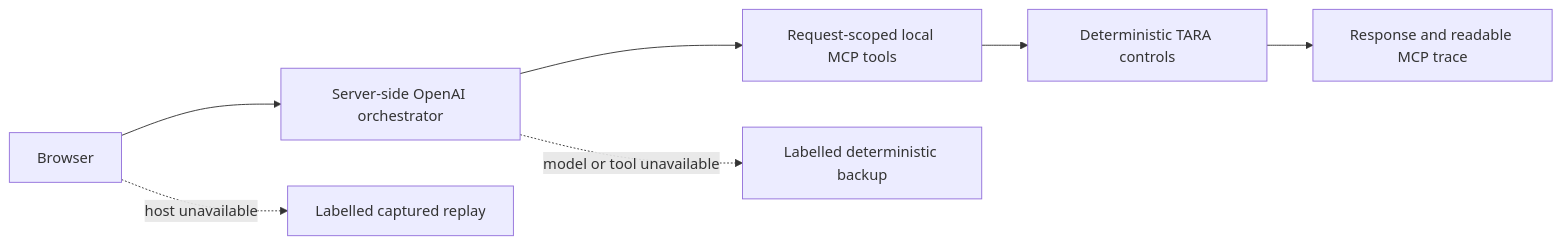
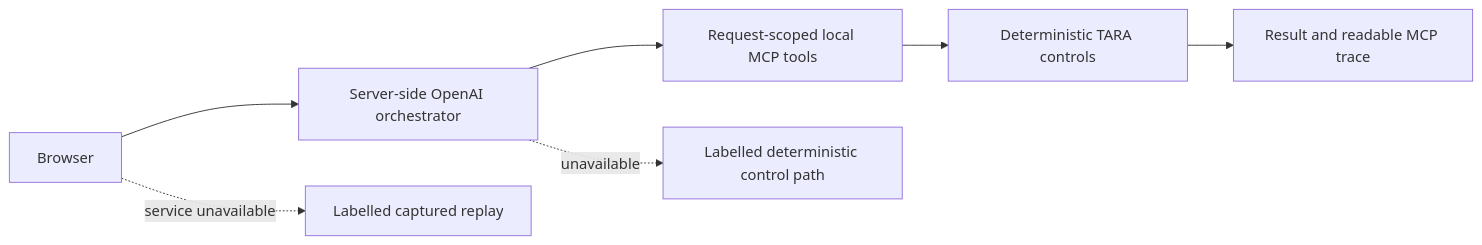
Before and after one commit to hbapuram/TARA-Regulatory-Change-Agent: the diagram in docs/reliability-notes.md, drawn with Mermaid. The commit also changed other lines of this file and 34 other files, not shown here.

````diff
--- a/docs/reliability-notes.md
+++ b/docs/reliability-notes.md
@@ -9,9 +15,9 @@
 ```mermaid
 flowchart LR
     A[Browser] --> B[Server-side OpenAI orchestrator]
     B --> C[Request-scoped local MCP tools]
     C --> D[Deterministic TARA controls]
-    D --> E[Response and readable MCP trace]
-    B -. model or tool unavailable .-> F[Labelled deterministic backup]
-    A -. host unavailable .-> G[Labelled captured replay]
+    D --> E[Result and readable MCP trace]
+    B -. unavailable .-> F[Labelled deterministic control path]
+    A -. service unavailable .-> G[Labelled captured replay]
 ```
````
